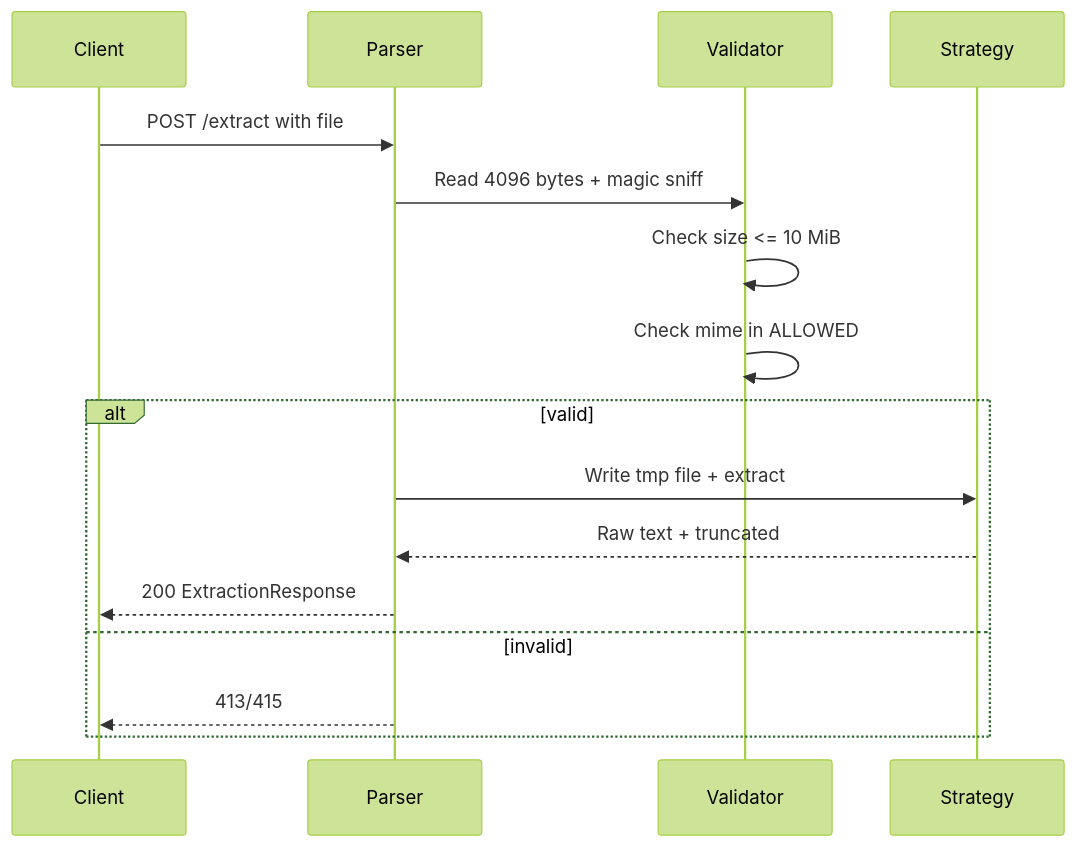
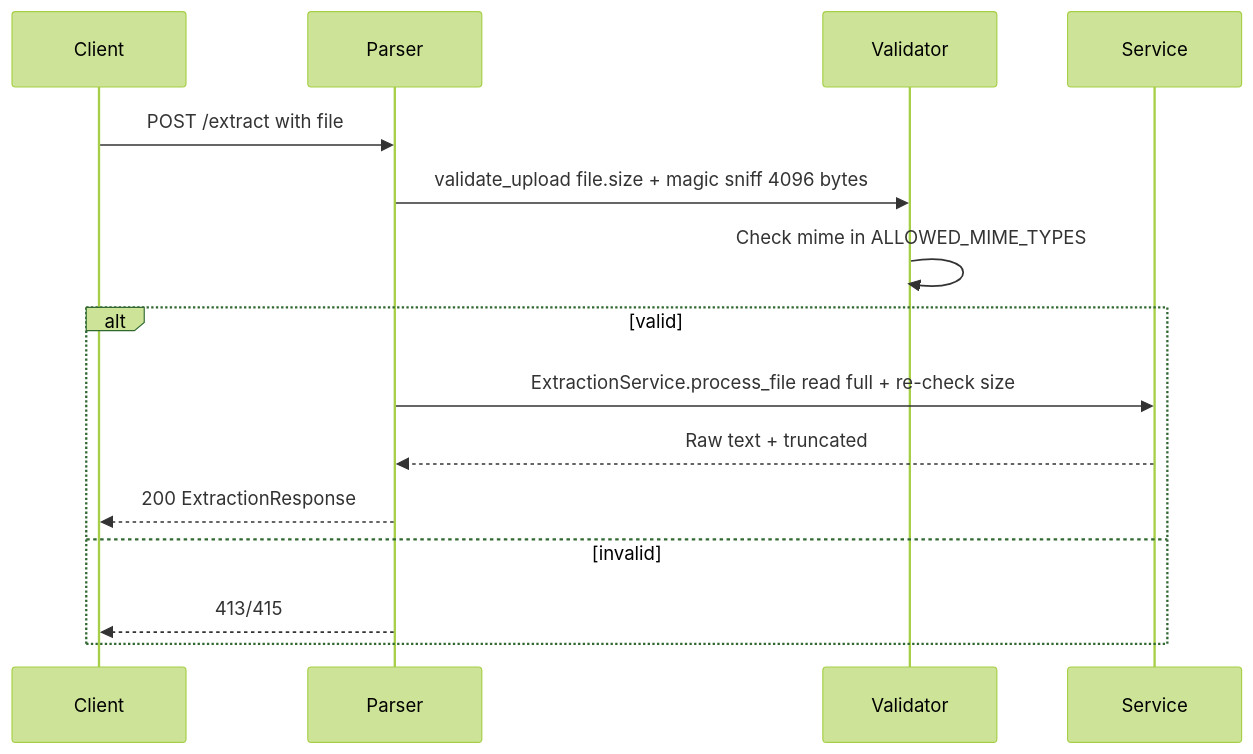
The diagram in services/document-parser/docs/02-validation.md (kunalPisolkar24/detectAI), drawn with Mermaid (forest theme) before and after one commit. The commit also changed other lines of this file and 4 other files, not shown here.

````diff
--- a/services/document-parser/docs/02-validation.md
+++ b/services/document-parser/docs/02-validation.md
@@ -5,18 +5,17 @@
 ```mermaid
 sequenceDiagram
     participant Client
     participant DP as Parser
     participant V as Validator
-    participant S as Strategy
+    participant S as Service
     Client->>DP: POST /extract with file
-    DP->>V: Read 4096 bytes + magic sniff
-    V->>V: Check size <= 10 MiB
-    V->>V: Check mime in ALLOWED
+    DP->>V: validate_upload file.size + magic sniff 4096 bytes
+    V->>V: Check mime in ALLOWED_MIME_TYPES
     alt valid
-        DP->>S: Write tmp file + extract
+        DP->>S: ExtractionService.process_file read full + re-check size
         S-->>DP: Raw text + truncated
         DP-->>Client: 200 ExtractionResponse
     else invalid
         DP-->>Client: 413/415
     end
 ```
````
